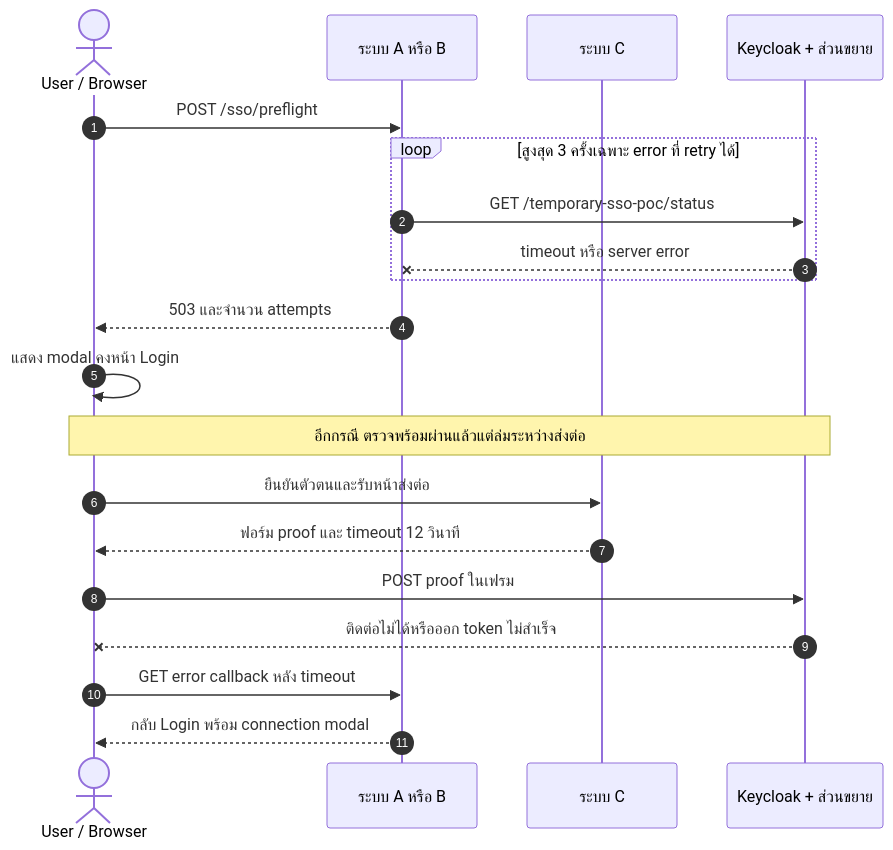
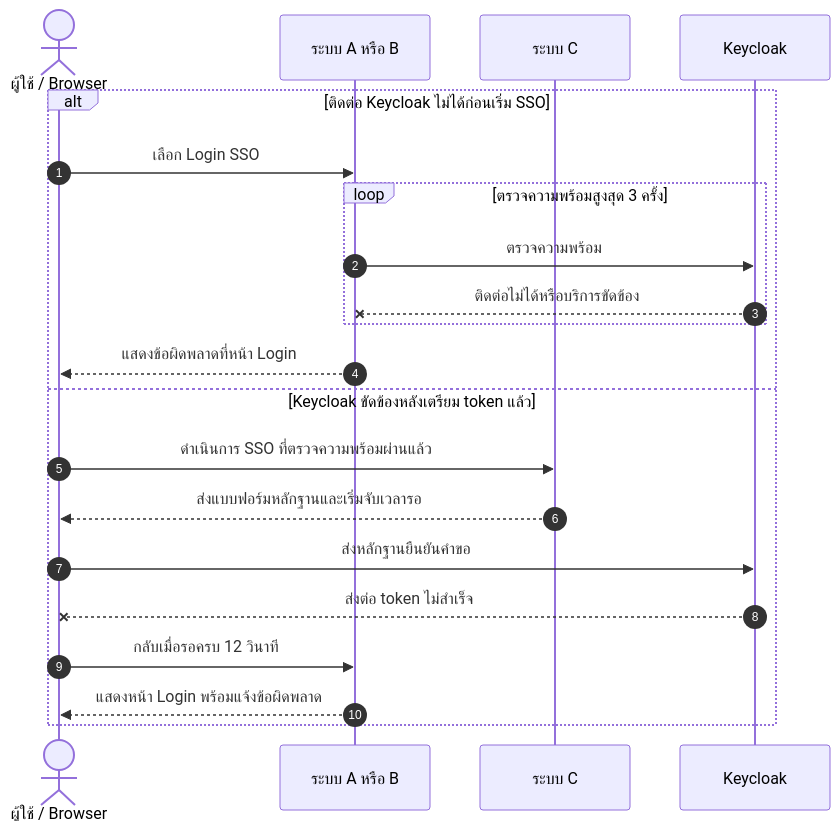
Before and after one commit to Sin1apachai/poc_sso: diagram 11 of 22 in docs/flows/LOGIN-AND-SESSION.md, drawn with Mermaid. The commit also changed other lines of this file and 69 other files, not shown here.

Commit message:
Add IdP heartbeat, Keycloak API collection and revised SSO guides

````diff
--- a/docs/flows/LOGIN-AND-SESSION.md
+++ b/docs/flows/LOGIN-AND-SESSION.md
@@ -269,22 +274,23 @@
 ```mermaid
 sequenceDiagram
     autonumber
-actor U as User / Browser
+    actor U as ผู้ใช้ / Browser
     participant A as ระบบ A หรือ B
     participant C as ระบบ C
-    participant K as Keycloak + ส่วนขยาย
-    U->>A: POST /sso/preflight
-    loop สูงสุด 3 ครั้งเฉพาะ error ที่ retry ได้
-        A->>K: GET /temporary-sso-poc/status
-        K--xA: timeout หรือ server error
+    participant K as Keycloak
+    alt ติดต่อ Keycloak ไม่ได้ก่อนเริ่ม SSO
+        U->>A: เลือก Login SSO
+        loop ตรวจความพร้อมสูงสุด 3 ครั้ง
+            A->>K: ตรวจความพร้อม
+            K--xA: ติดต่อไม่ได้หรือบริการขัดข้อง
+        end
+        A-->>U: แสดงข้อผิดพลาดที่หน้า Login
+    else Keycloak ขัดข้องหลังเตรียม token แล้ว
+        U->>C: ดำเนินการ SSO ที่ตรวจความพร้อมผ่านแล้ว
+        C-->>U: ส่งแบบฟอร์มหลักฐานและเริ่มจับเวลารอ
+        U->>K: ส่งหลักฐานยืนยันคำขอ
+        K--xU: ส่งต่อ token ไม่สำเร็จ
+        U->>A: กลับเมื่อรอครบ 12 วินาที
+        A-->>U: แสดงหน้า Login พร้อมแจ้งข้อผิดพลาด
     end
-    A-->>U: 503 และจำนวน attempts
-    U->>U: แสดง modal คงหน้า Login
-    Note over U,K: อีกกรณี ตรวจพร้อมผ่านแล้วแต่ล่มระหว่างส่งต่อ
-    U->>C: ยืนยันตัวตนและรับหน้าส่งต่อ
-    C-->>U: ฟอร์ม proof และ timeout 12 วินาที
-    U->>K: POST proof ในเฟรม
-    K--xU: ติดต่อไม่ได้หรือออก token ไม่สำเร็จ
-    U->>A: GET error callback หลัง timeout
-    A-->>U: กลับ Login พร้อม connection modal
 ```
````
